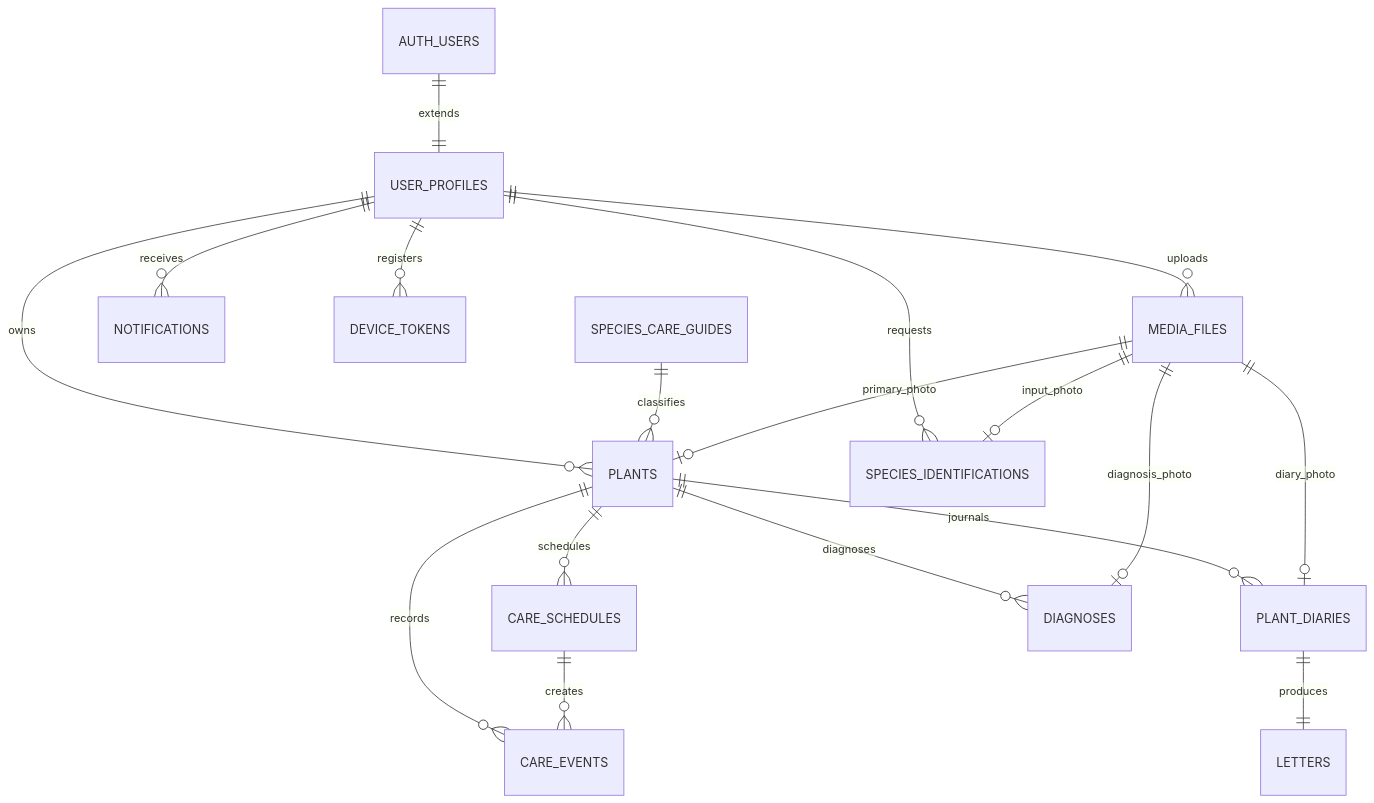
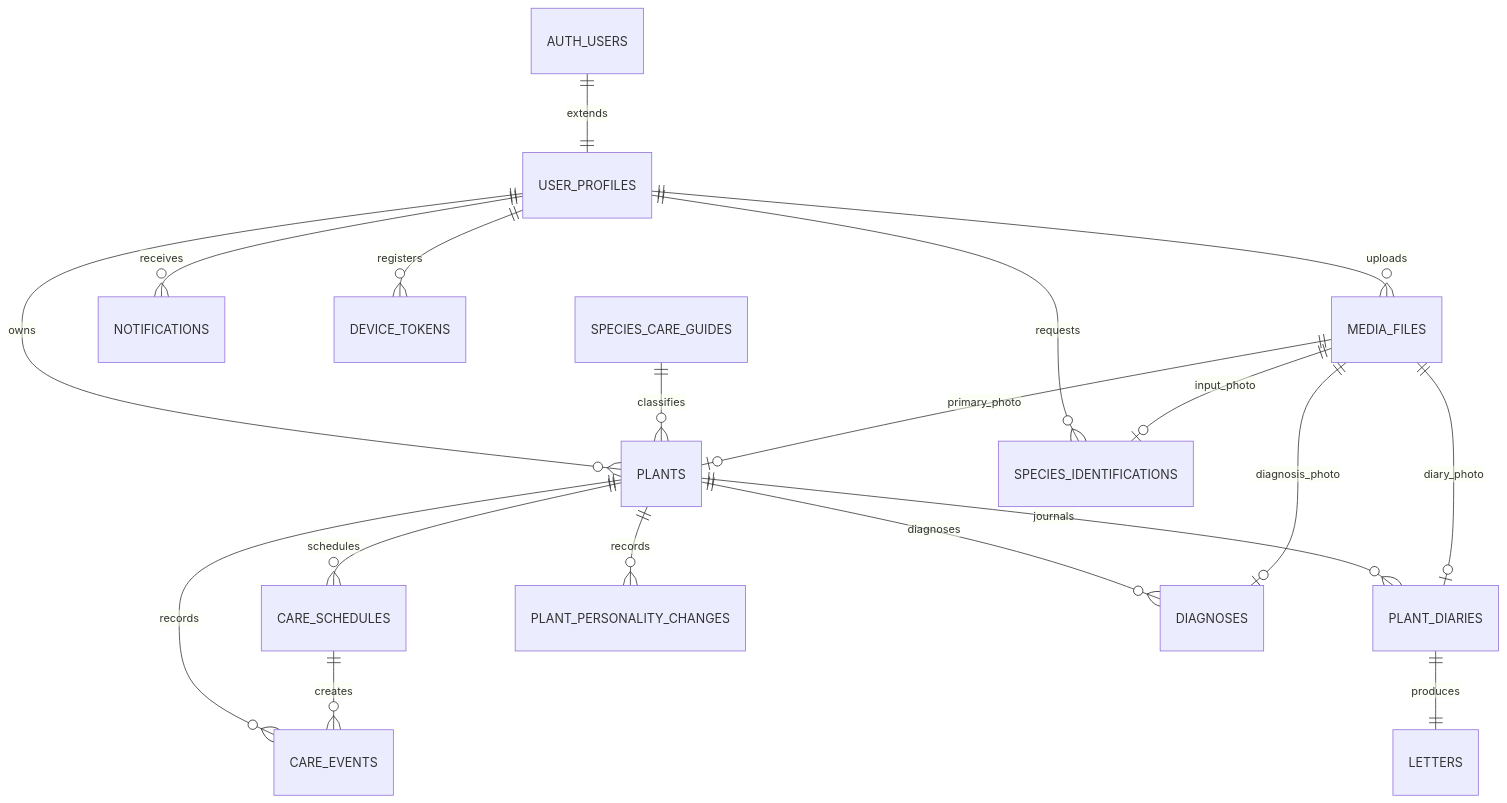
The diagram in docs/erd.md (YuEngMe/Leafie), drawn with Mermaid before and after one commit. The commit also changed other lines of this file and 12 other files, not shown here.

Commit message:
feat(backend): support plant personality changes

````diff
--- a/docs/erd.md
+++ b/docs/erd.md
@@ -11,20 +11,21 @@
 ```mermaid
 erDiagram
     AUTH_USERS ||--|| USER_PROFILES : extends
     USER_PROFILES ||--o{ PLANTS : owns
     USER_PROFILES ||--o{ MEDIA_FILES : uploads
     USER_PROFILES ||--o{ NOTIFICATIONS : receives
     USER_PROFILES ||--o{ DEVICE_TOKENS : registers
     SPECIES_CARE_GUIDES ||--o{ PLANTS : classifies
     PLANTS ||--o{ CARE_SCHEDULES : schedules
     PLANTS ||--o{ CARE_EVENTS : records
     CARE_SCHEDULES ||--o{ CARE_EVENTS : creates
     PLANTS ||--o{ PLANT_DIARIES : journals
+    PLANTS ||--o{ PLANT_PERSONALITY_CHANGES : records
     PLANT_DIARIES ||--|| LETTERS : produces
     PLANTS ||--o{ DIAGNOSES : diagnoses
     USER_PROFILES ||--o{ SPECIES_IDENTIFICATIONS : requests
     MEDIA_FILES ||--o| PLANTS : primary_photo
     MEDIA_FILES ||--o| PLANT_DIARIES : diary_photo
     MEDIA_FILES ||--o| DIAGNOSES : diagnosis_photo
     MEDIA_FILES ||--o| SPECIES_IDENTIFICATIONS : input_photo
 ```
````
